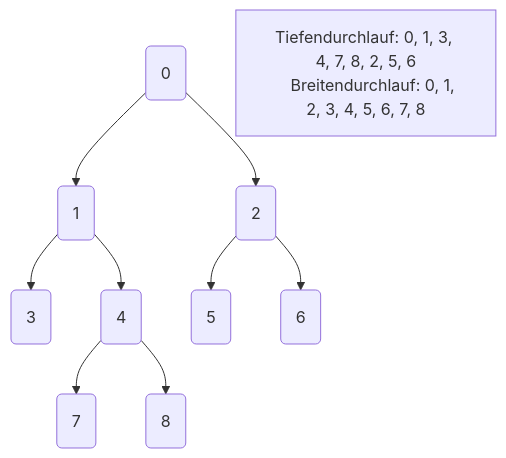
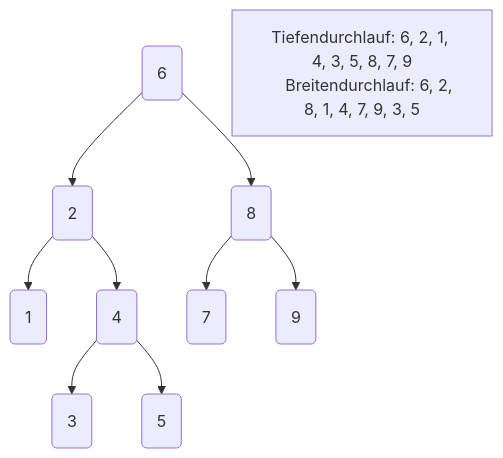
One commit to jappuccini/java-docs changed the third of 3 diagrams in docs/documentation/trees.md. Above: the diagram before and after it, drawn with Mermaid. The commit also changed 9 other files, not shown here.

````diff
--- a/docs/documentation/trees.md
+++ b/docs/documentation/trees.md
@@ -104,24 +104,24 @@
 ```mermaid
 flowchart TD
     node1 --> node2
     node1 --> node3
     node2 --> node4
     node2 --> node5
     node3 --> node6
     node3 --> node7
     node5 --> node8
     node5 --> node9
 
-    node1(0)
-    node2(1)
-    node3(2)
-    node4(3)
+    node1(6)
+    node2(2)
+    node3(8)
+    node4(1)
     node5(4)
-    node6(5)
-    node7(6)
-    node8(7)
-    node9(8)
+    node6(7)
+    node7(9)
+    node8(3)
+    node9(5)
 
-    depth[Tiefendurchlauf: 0, 1, 3, 4, 7, 8, 2, 5, 6
-    Breitendurchlauf: 0, 1, 2, 3, 4, 5, 6, 7, 8]
+    depth[Tiefendurchlauf: 6, 2, 1, 4, 3, 5, 8, 7, 9
+    Breitendurchlauf: 6, 2, 8, 1, 4, 7, 9, 3, 5]
 ```
````
